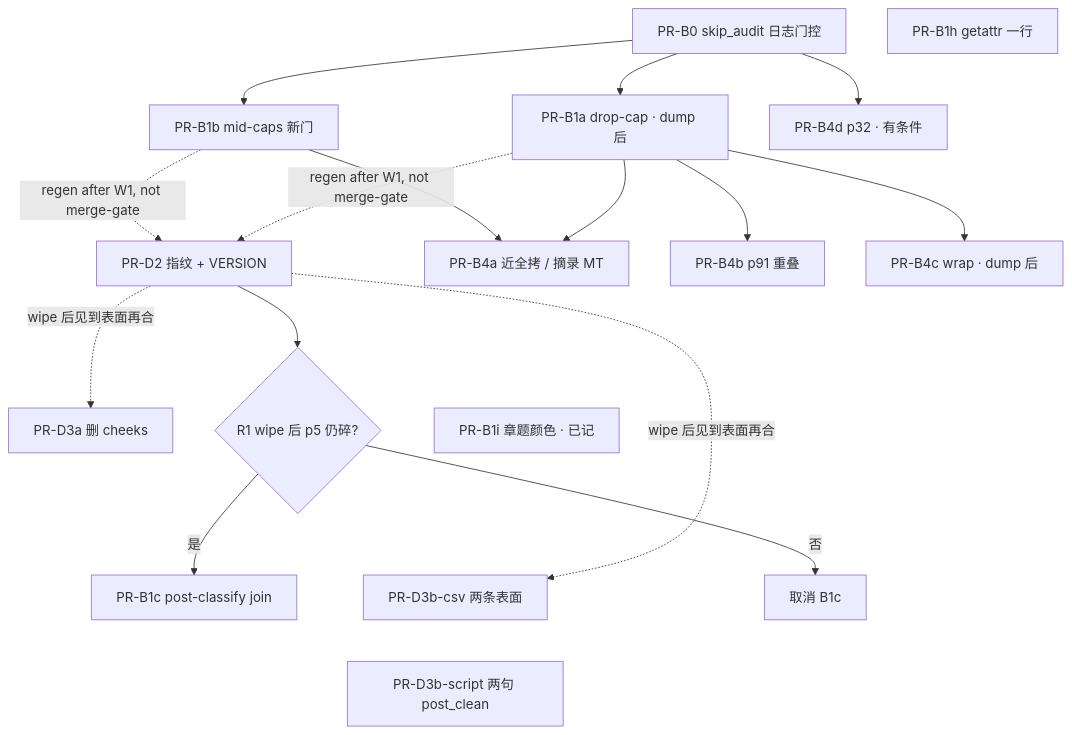
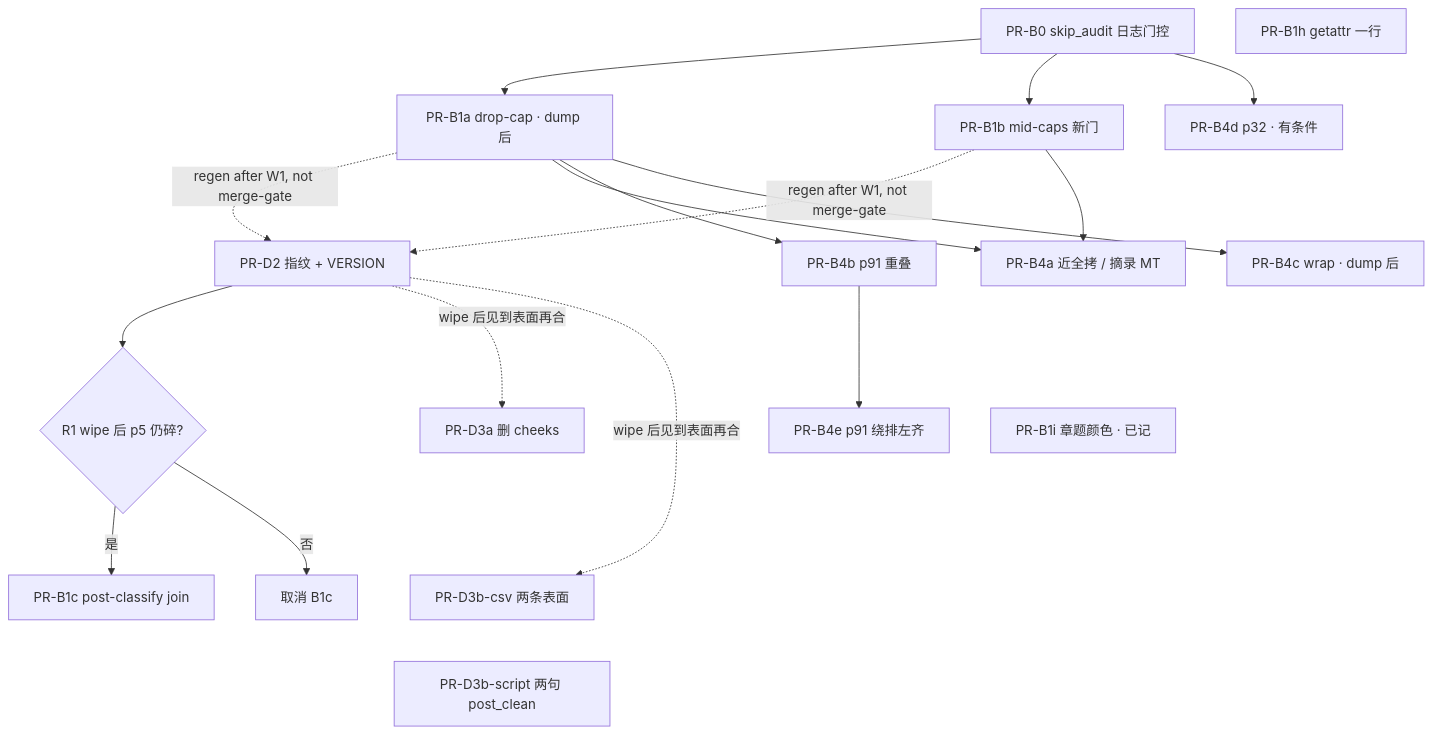
The fourth of 4 diagrams in docs/oa-dual-quality-wave-0.6.4.69.md (TopCircle/BabelDOC), drawn with Mermaid before and after one commit. The commit also changed other lines of this file and 5 other files, not shown here.

````diff
--- a/docs/oa-dual-quality-wave-0.6.4.69.md
+++ b/docs/oa-dual-quality-wave-0.6.4.69.md
@@ -904,36 +905,38 @@
 ```mermaid
 flowchart TB
   B0[PR-B0 skip_audit 日志门控]
   B1a[PR-B1a drop-cap · dump 后]
   B1b[PR-B1b mid-caps 新门]
   B1h[PR-B1h getattr 一行]
   D2[PR-D2 指纹 + VERSION]
   W1cdiag{R1 wipe 后 p5 仍碎?}
   B1c[PR-B1c post-classify join]
   D3a[PR-D3a 删 cheeks]
   D3csv[PR-D3b-csv 两条表面]
   D3sc[PR-D3b-script 两句 post_clean]
   B1i[PR-B1i 章题颜色 · 已记]
   B4q[PR-B4a 近全拷 / 摘录 MT]
   B4o[PR-B4b p91 重叠]
+  B4e[PR-B4e p91 绕排左齐]
   B4w[PR-B4c wrap · dump 后]
   B4t[PR-B4d p32 · 有条件]
 
   B0 --> B1a
   B0 --> B1b
   B1a -.->|regen after W1, not merge-gate| D2
   B1b -.->|regen after W1, not merge-gate| D2
   D2 --> W1cdiag
   W1cdiag -->|是| B1c
   W1cdiag -->|否| skipB1c[取消 B1c]
   D2 -.->|wipe 后见到表面再合| D3a
   D2 -.->|wipe 后见到表面再合| D3csv
   D3a ~~~ D3csv
   D3csv ~~~ D3sc
   B1a --> B4q
   B1a --> B4o
+  B4o --> B4e
   B1a --> B4w
   B1b --> B4q
   B0 --> B4t
   B4q ~~~ B1i
 ```
````
